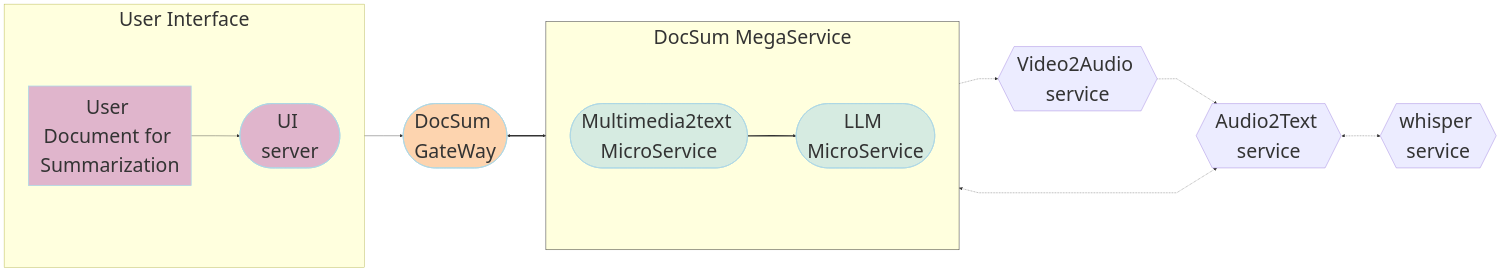
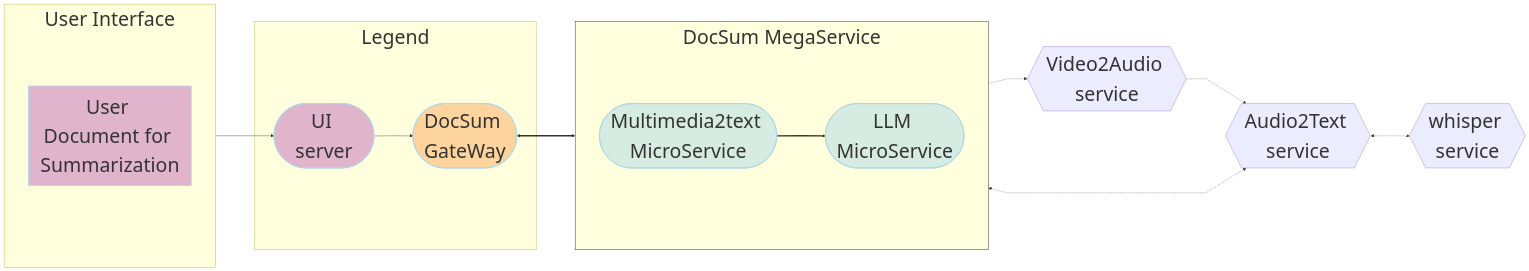
Before and after one commit to opea-project/GenAIExamples: the diagram in DocSum/README.md, drawn with Mermaid.

Commit message:
update read me file

````diff
--- a/DocSum/README.md
+++ b/DocSum/README.md
@@ -110,53 +110,58 @@
 ```mermaid
 ---
 config:
   flowchart:
     nodeSpacing: 400
     rankSpacing: 100
     curve: linear
   themeVariables:
     fontSize: 50px
 ---
 flowchart LR
     %% Colors %%
     classDef blue fill:#ADD8E6,stroke:#ADD8E6,stroke-width:2px,fill-opacity:0.5
     classDef orange fill:#FBAA60,stroke:#ADD8E6,stroke-width:2px,fill-opacity:0.5
     classDef orchid fill:#C26DBC,stroke:#ADD8E6,stroke-width:2px,fill-opacity:0.5
     classDef invisible fill:transparent,stroke:transparent;
     style DocSum-MegaService stroke:#000000
+
+    subgraph Legend
+        UI([User Interface])
+        GW([DocSum GateWay])    
+    end
 
     %% Subgraphs %%
     subgraph DocSum-MegaService["DocSum MegaService "]
         direction LR
         M2T([Multimedia2text MicroService]):::blue
         LLM([LLM MicroService]):::blue
     end
     subgraph UserInterface[" User Interface "]
         direction LR
         a([User Input Query]):::orchid
         UI([UI server<br>]):::orchid
     end
 
 
     A2T_SRV{{Audio2Text service<br>}}
     V2A_SRV{{Video2Audio service<br>}}
     WSP_SRV{{whisper service<br>}}
     GW([DocSum GateWay<br>]):::orange
 
 
     %% Questions interaction
     direction LR
     a[User Document for Summarization] --> UI
     UI --> GW
     GW <==> DocSum-MegaService
     M2T ==> LLM
     
     %% Embedding service flow
     direction LR
     M2T .-> V2A_SRV
     M2T <-.-> A2T_SRV <-.-> WSP_SRV
     V2A_SRV .-> A2T_SRV 
     
 
 
 ```
````
